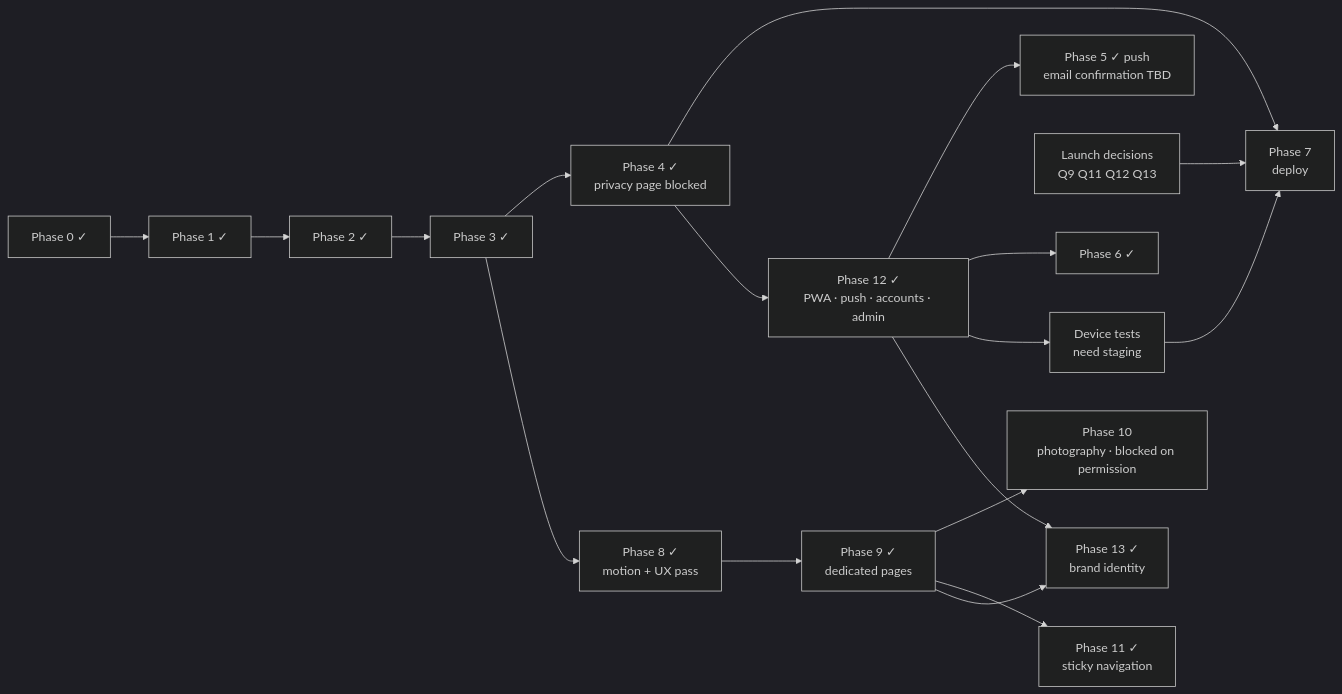
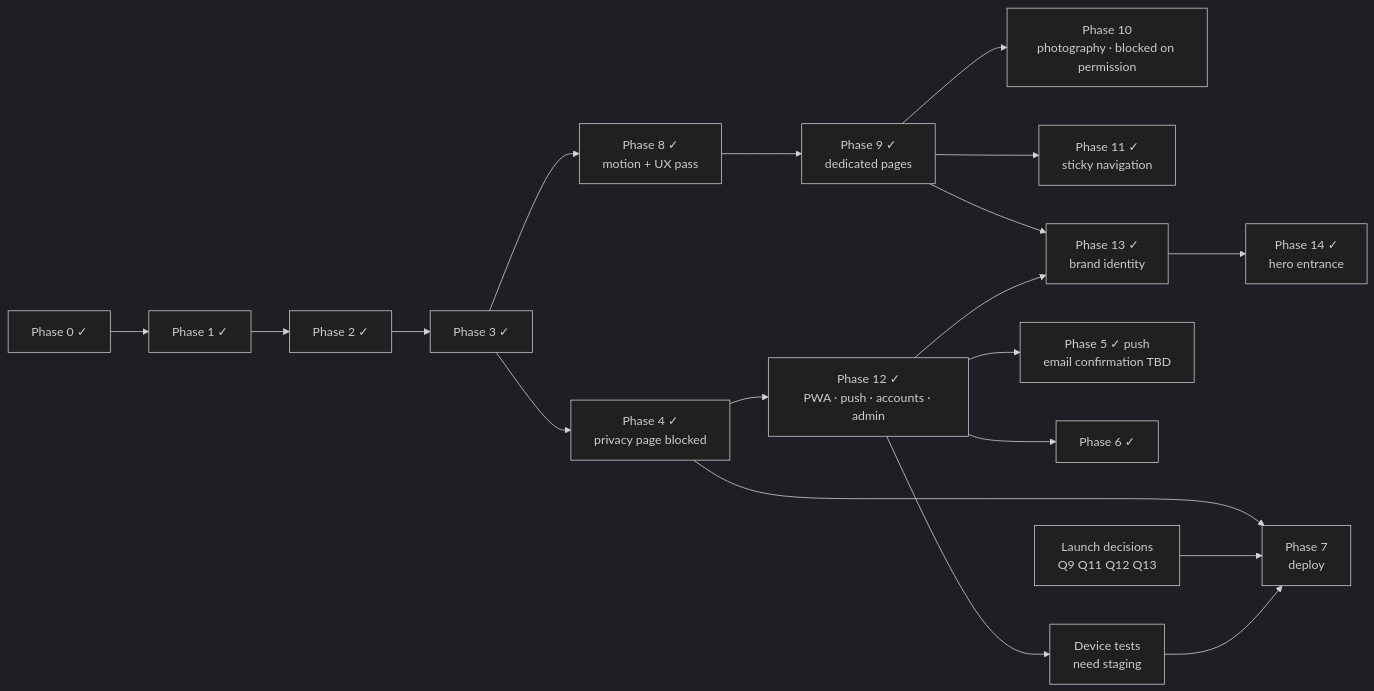
The diagram in docs/06-Implementation-Plan.md (E310-Tech-Team/nyaya-sop), drawn with Mermaid (dark theme) before and after one commit. The commit also changed other lines of this file and 7 other files, not shown here.

````diff
--- a/docs/06-Implementation-Plan.md
+++ b/docs/06-Implementation-Plan.md
@@ -229,20 +240,21 @@
 ```mermaid
 flowchart LR
     P0[Phase 0 ✓] --> P1[Phase 1 ✓]
     P1 --> P2[Phase 2 ✓]
     P2 --> P3[Phase 3 ✓]
     P3 --> P4[Phase 4 ✓<br/>privacy page blocked]
     P3 --> P8[Phase 8 ✓<br/>motion + UX pass]
     P8 --> P9[Phase 9 ✓<br/>dedicated pages]
     P9 --> P10[Phase 10<br/>photography · blocked on permission]
     P9 --> P11[Phase 11 ✓<br/>sticky navigation]
     P4 --> P7[Phase 7<br/>deploy]
     Q[Launch decisions<br/>Q9 Q11 Q12 Q13] --> P7
     P4 --> P12[Phase 12 ✓<br/>PWA · push · accounts · admin]
     P12 --> P5[Phase 5 ✓ push<br/>email confirmation TBD]
     P12 --> P6[Phase 6 ✓]
     P12 --> DEV[Device tests<br/>need staging]
     P9 --> P13[Phase 13 ✓<br/>brand identity]
     P12 --> P13
+    P13 --> P14[Phase 14 ✓<br/>hero entrance]
     DEV --> P7
 ```
````
